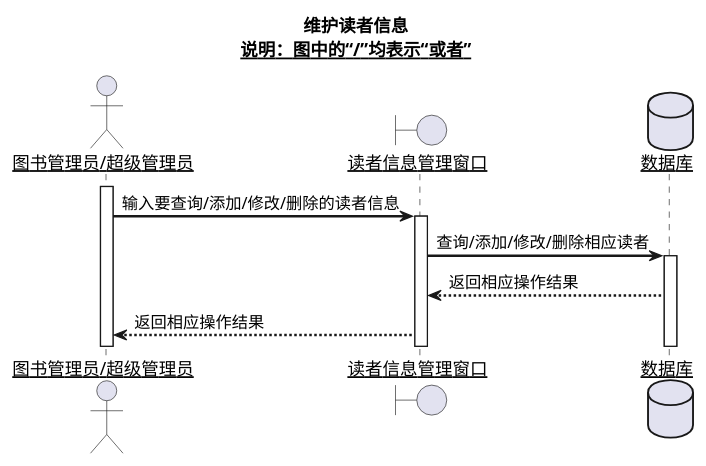
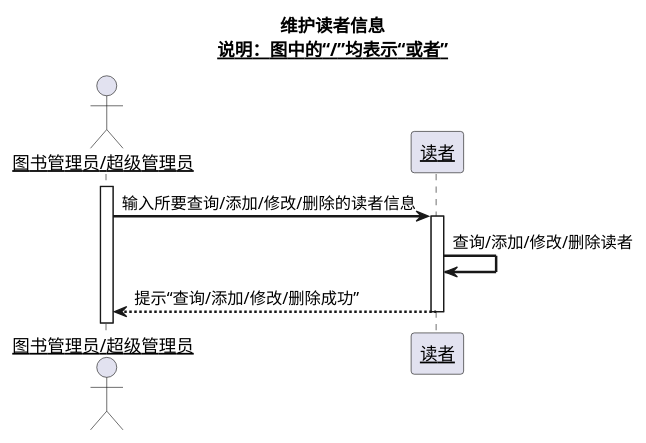
One commit to Landy7/is_analysis changed the diagram in test4/sequence9.md. Above: the diagram before and after it, drawn with PlantUML. The commit also changed 24 other files, not shown here.

```diff
--- a/test4/sequence9.md
+++ b/test4/sequence9.md
@@ -1,19 +1,25 @@
 @startuml
 title
  维护读者信息
  <u>说明：图中的“/”均表示“或者”</u>
 end title
+
 skinparam sequenceArrowThickness 2
 skinparam maxmessagesize 60
 skinparam sequenceParticipant underline
+
 actor "图书管理员/超级管理员" as U
-boundary "读者信息管理窗口" as A
-database "数据库" as B
+participant "读者" as A
+
 activate U
-U ->A:输入要查询/添加/修改/删除的读者信息
+
+
+U ->A:输入所要查询/添加/修改/删除的读者信息
 activate A
-A ->B:查询/添加/修改/删除相应读者
-activate B
-B -->A:返回相应操作结果
-A -->U:返回相应操作结果
-@enduml  
+
+A ->A:查询/添加/修改/删除读者
+
+
+A -->U:提示“查询/添加/修改/删除成功”
+deactivate A
+@enduml
```
